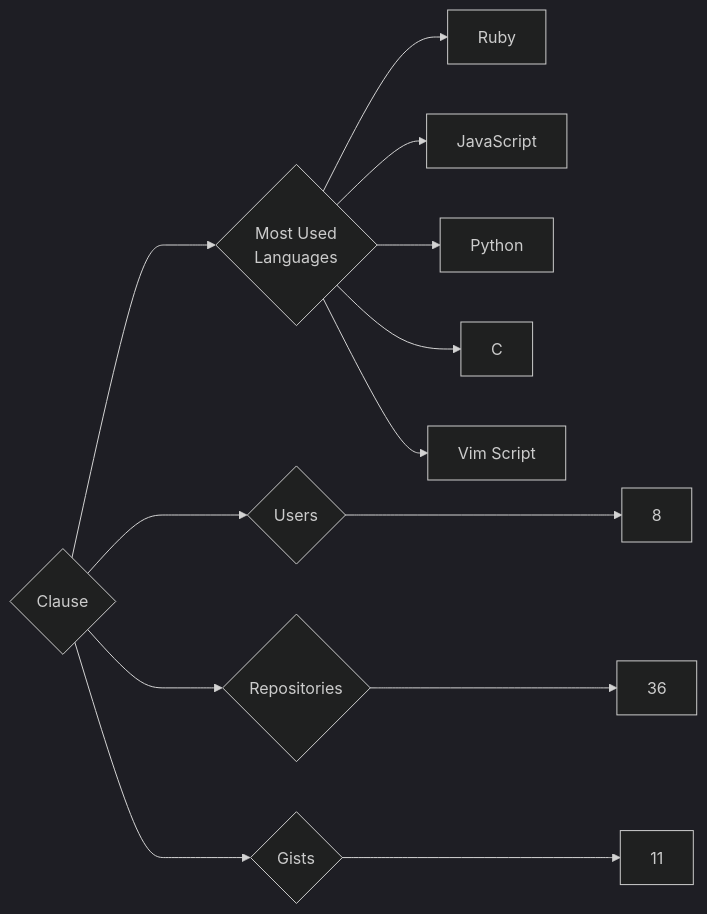
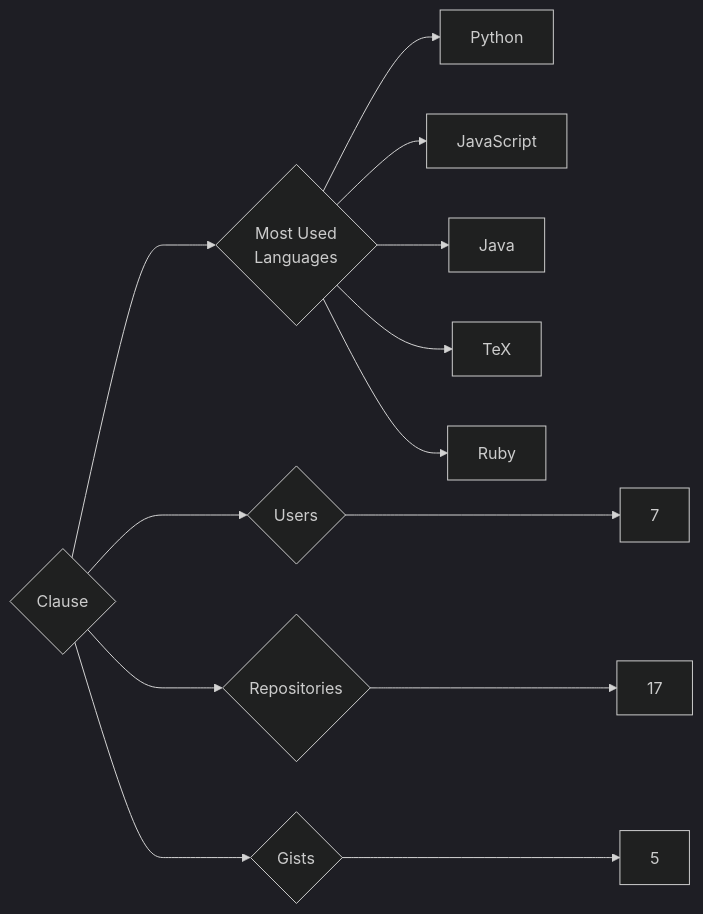
One commit to trickest/insiders changed the diagram in targets/Clause/README.md. Above: the diagram before and after it, drawn with Mermaid (dark theme). The commit also changed 715 other files, not shown here.

````diff
--- a/targets/Clause/README.md
+++ b/targets/Clause/README.md
@@ -3,13 +3,13 @@
 ```mermaid
 graph LR
 COMPANY_NAME{Clause}
-COMPANY_NAME ---> U{Users} ---> UN[8]
-COMPANY_NAME ---> R{Repositories} ---> RN[36]
-COMPANY_NAME ---> G{Gists} ---> GN[11]
+COMPANY_NAME ---> U{Users} ---> UN[7]
+COMPANY_NAME ---> R{Repositories} ---> RN[17]
+COMPANY_NAME ---> G{Gists} ---> GN[5]
 COMPANY_NAME ---> ML{Most Used<br>Languages}
+ML --> Python[Python]
+ML --> JavaScript[JavaScript]
+ML --> Java[Java]
+ML --> TeX[TeX]
 ML --> Ruby[Ruby]
-ML --> JavaScript[JavaScript]
-ML --> Python[Python]
-ML --> C[C]
-ML --> Vim_Script[Vim Script]
 ```
````
